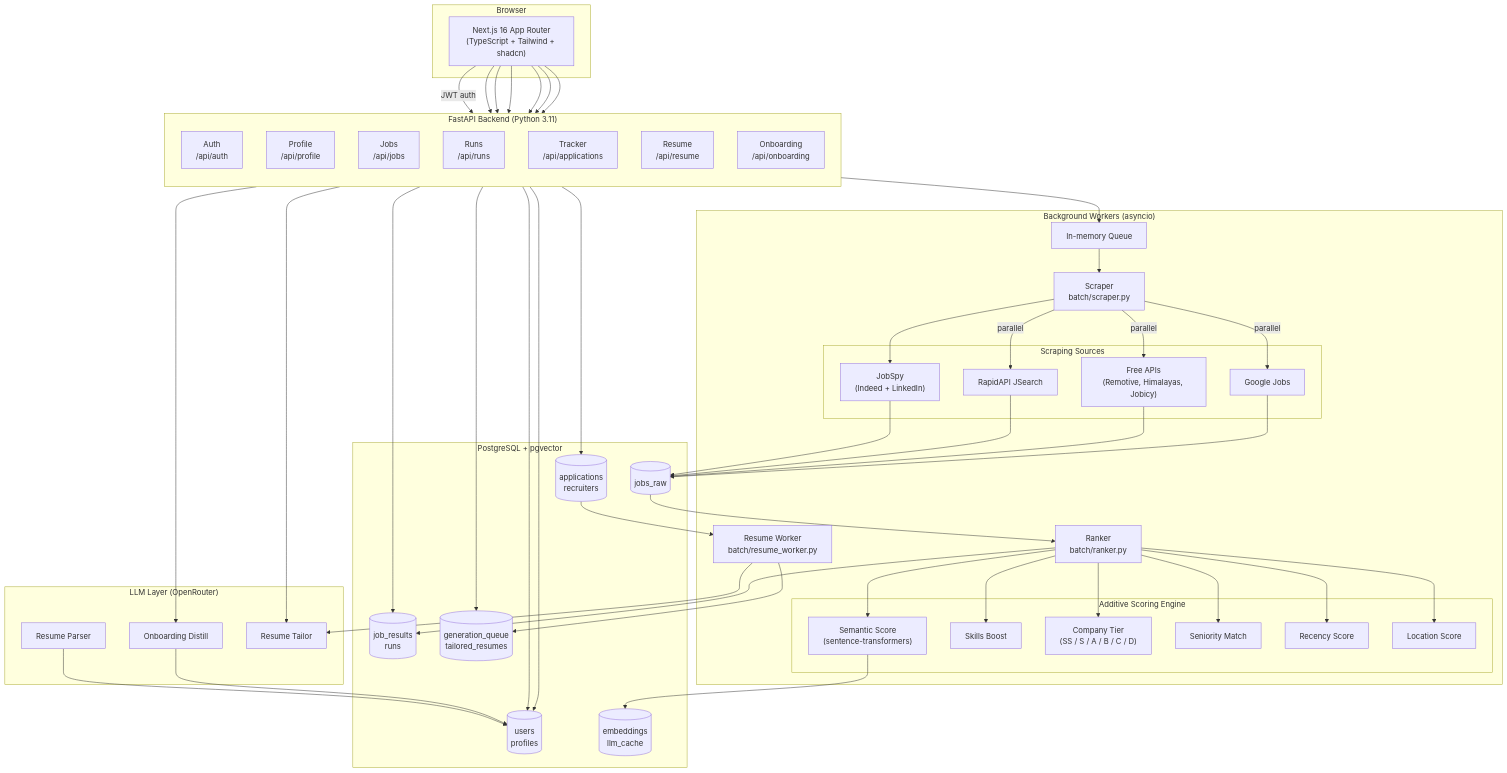
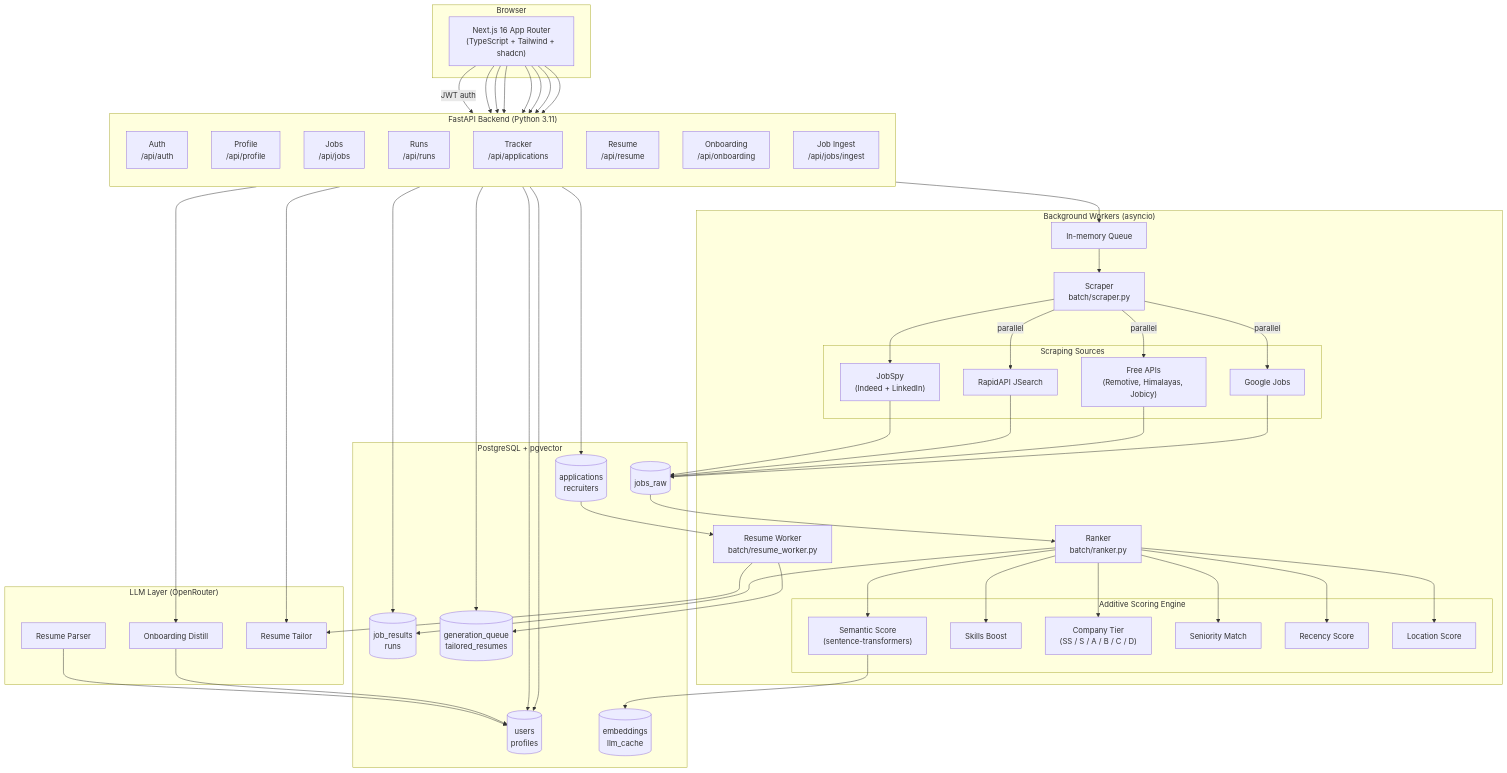
The first of 2 diagrams in signalrank/README.md (zharupesh07/signalrank), drawn with Mermaid before and after one commit. The commit also changed other lines of this file and 2 other files, not shown here.

Commit message:
docs: update READMEs for job ingest, concurrency=3, trinity-mini model

```diff
--- a/signalrank/README.md
+++ b/signalrank/README.md
@@ -23,6 +23,7 @@
         TRACKER["Tracker\n/api/applications"]
         RESUME["Resume\n/api/resume"]
         ONBOARD["Onboarding\n/api/onboarding"]
+        INGEST["Job Ingest\n/api/jobs/ingest"]
     end
 
     subgraph Worker["Background Workers (asyncio)"]
@@ -70,6 +71,7 @@
     UI --> TRACKER
     UI --> RESUME
     UI --> ONBOARD
+    UI --> INGEST
 
     AUTH --> T1
     PROFILE --> T1
```
